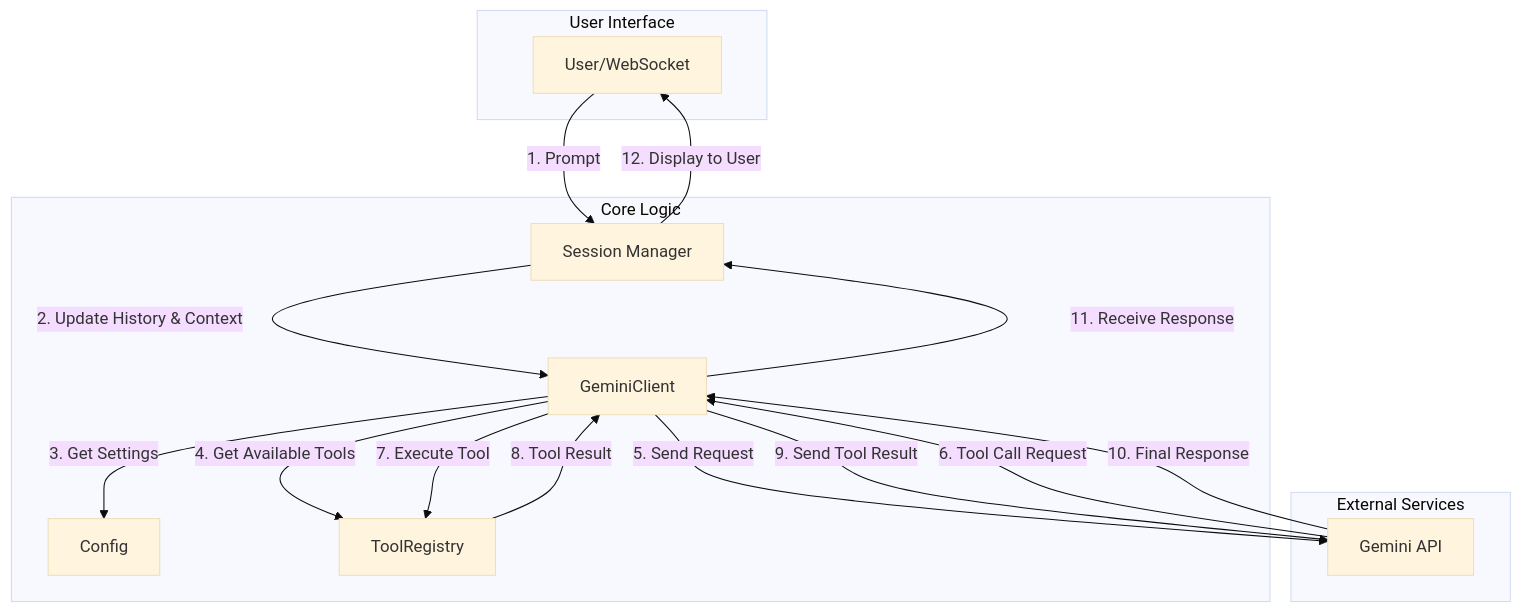
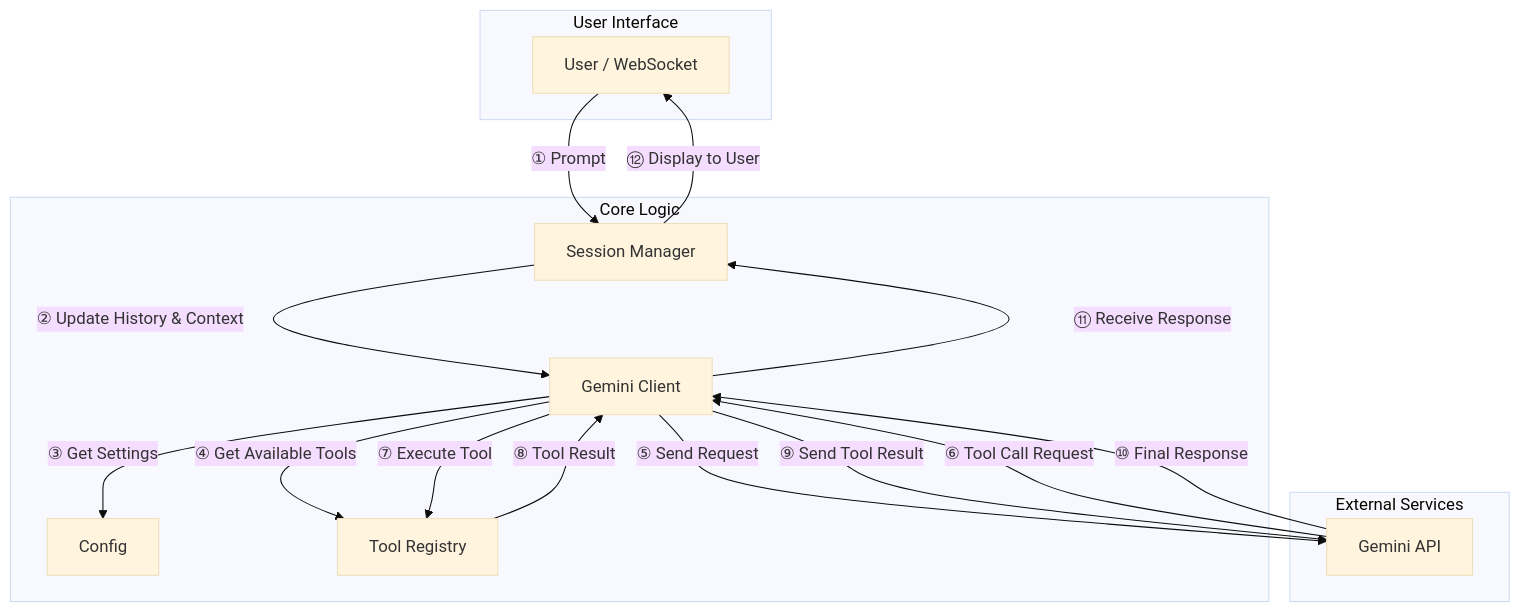
The diagram in README.md (koduki/gemini-cli-proxy), drawn with Mermaid (base theme) before and after one commit.

````diff
--- a/README.md
+++ b/README.md
@@ -27,30 +27,32 @@
 ```mermaid
 graph TD
-    subgraph User Interface
-        A[User/WebSocket]
-    end
+  %% Groups
+  subgraph UI["User Interface"]
+    A[User / WebSocket]
+  end
 
-    subgraph Core Logic
-        B[Session Manager]
-        C[Config]
-        D[GeminiClient]
-        E[ToolRegistry]
-    end
+  subgraph CL["Core Logic"]
+    B[Session Manager]
+    C[Config]
+    D[Gemini Client]
+    E[Tool Registry]
+  end
 
-    subgraph External Services
-        F[Gemini API]
-    end
+  subgraph ES["External Services"]
+    F[Gemini API]
+  end
 
-    A -- "1. Prompt" --> B
-    B -- "2. Update History & Context" --> D
-    D -- "3. Get Settings" --> C
-    D -- "4. Get Available Tools" --> E
-    D -- "5. Send Request" --> F
-    F -- "6. Tool Call Request" --> D
-    D -- "7. Execute Tool" --> E
-    E -- "8. Tool Result" --> D
-    D -- "9. Send Tool Result" --> F
-    F -- "10. Final Response" --> D
-    D -- "11. Receive Response" --> B
-    B -- "12. Display to User" --> A
+  %% Edges
+  A -->|① Prompt| B
+  B -->|② Update History & Context| D
+  D -->|③ Get Settings| C
+  D -->|④ Get Available Tools| E
+  D -->|⑤ Send Request| F
+  F -->|⑥ Tool Call Request| D
+  D -->|⑦ Execute Tool| E
+  E -->|⑧ Tool Result| D
+  D -->|⑨ Send Tool Result| F
+  F -->|⑩ Final Response| D
+  D -->|⑪ Receive Response| B
+  B -->|⑫ Display to User| A
 ```
````
